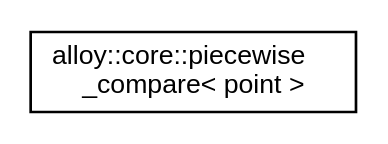
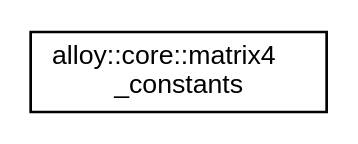
Before and after one commit to bitwizeshift/Alloy: the diagram in api/latest/inherit_graph_25.dot, drawn with Graphviz. The commit also changed 391 other files, not shown here.

```diff
--- a/api/latest/inherit_graph_25.dot
+++ b/api/latest/inherit_graph_25.dot
@@ -1,7 +1,7 @@
 digraph "Graphical Class Hierarchy"
 {
   edge [fontname="Helvetica",fontsize="10",labelfontname="Helvetica",labelfontsize="10"];
   node [fontname="Helvetica",fontsize="10",shape=record];
   rankdir="LR";
-  Node1 [label="alloy::core::piecewise\l_compare\< point \>",height=0.2,width=0.4,color="black", fillcolor="white", style="filled",URL="$db/d2c/structalloy_1_1core_1_1piecewise__compare_3_01point_01_4.html"];
+  Node1 [label="alloy::core::matrix4\l_constants",height=0.2,width=0.4,color="black", fillcolor="white", style="filled",URL="$d4/d8a/structalloy_1_1core_1_1matrix4__constants.html",tooltip="A collection of matrix4 constants. "];
 }
```
